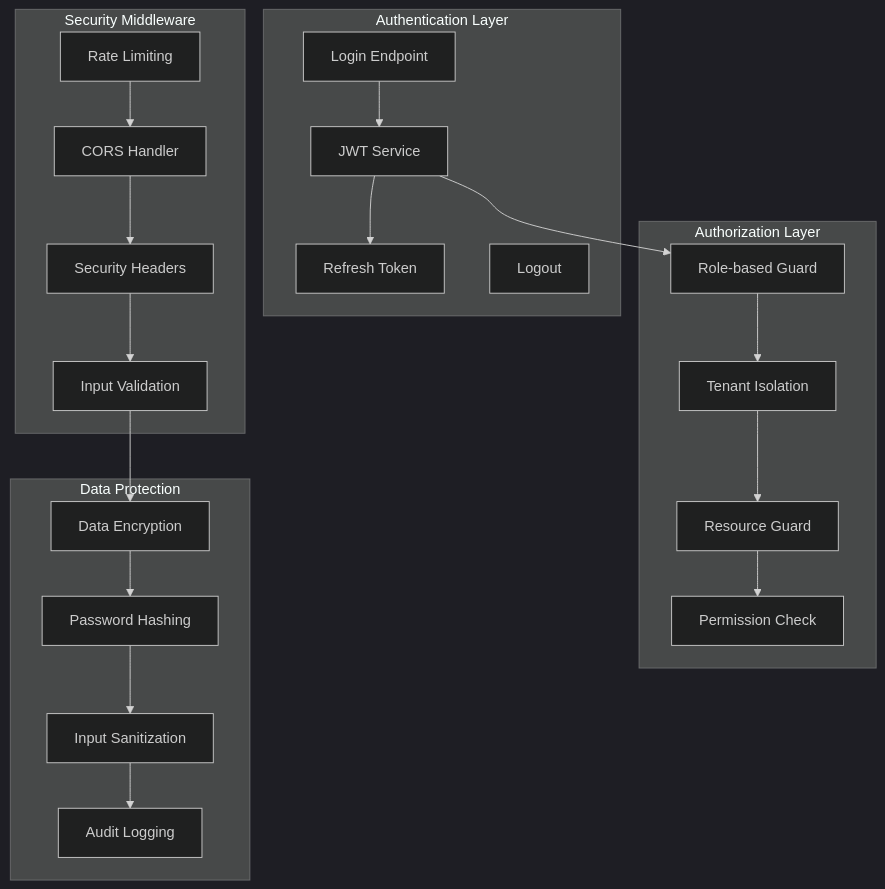
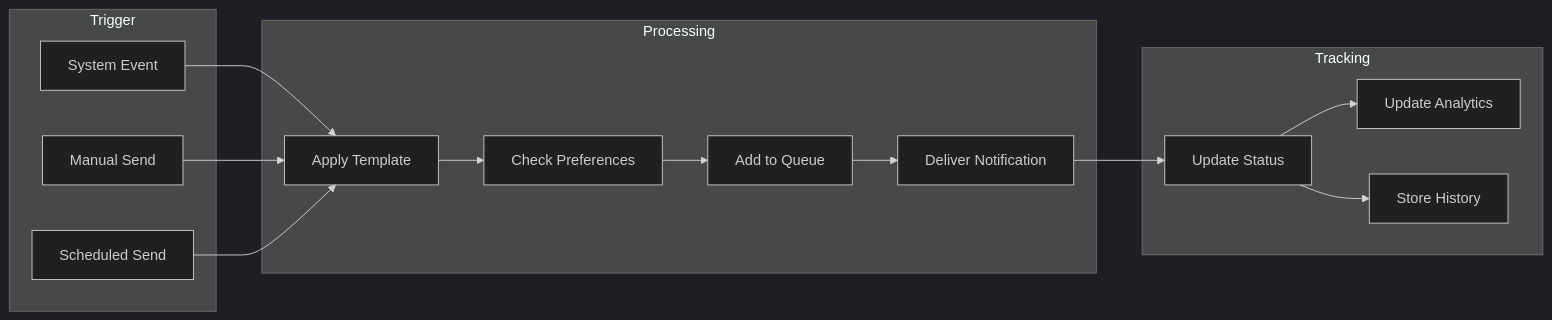
One commit to abdoElHodaky/sasscolmng changed diagram 11 of 14 in docs/ARCHITECTURE.md. Above: the diagram before and after it, drawn with Mermaid (dark theme). The commit also changed other lines of this file and 18 other files, not shown here.

````diff
--- a/docs/ARCHITECTURE.md
+++ b/docs/ARCHITECTURE.md
@@ -613,47 +582,33 @@
 ```mermaid
-graph TB
-    subgraph "Authentication Layer"
-        LOGIN[Login Endpoint]
-        JWT_SERVICE[JWT Service]
-        REFRESH[Refresh Token]
-        LOGOUT[Logout]
+graph LR
+    subgraph "Trigger"
+        EVENT[System Event]
+        MANUAL[Manual Send]
+        SCHEDULED[Scheduled Send]
     end
+
+    subgraph "Processing"
+        TEMPLATE[Apply Template]
+        PREFERENCE[Check Preferences]
+        QUEUE[Add to Queue]
+        DELIVER[Deliver Notification]
+    end
+
+    subgraph "Tracking"
+        STATUS[Update Status]
+        ANALYTICS[Update Analytics]
+        HISTORY[Store History]
+    end
+
+    EVENT --> TEMPLATE
+    MANUAL --> TEMPLATE
+    SCHEDULED --> TEMPLATE
     
-    subgraph "Authorization Layer"
-        ROLE_GUARD[Role-based Guard]
-        TENANT_GUARD[Tenant Isolation]
-        RESOURCE_GUARD[Resource Guard]
-        PERMISSION_CHECK[Permission Check]
-    end
+    TEMPLATE --> PREFERENCE
+    PREFERENCE --> QUEUE
+    QUEUE --> DELIVER
     
-    subgraph "Security Middleware"
-        RATE_LIMITER[Rate Limiting]
-        CORS_HANDLER[CORS Handler]
-        HELMET_SECURITY[Security Headers]
-        INPUT_VALIDATION[Input Validation]
-    end
-    
-    subgraph "Data Protection"
-        ENCRYPTION[Data Encryption]
-        HASHING[Password Hashing]
-        SANITIZATION[Input Sanitization]
-        AUDIT_LOG[Audit Logging]
-    end
-    
-    LOGIN --> JWT_SERVICE
-    JWT_SERVICE --> REFRESH
-    JWT_SERVICE --> ROLE_GUARD
-    
-    ROLE_GUARD --> TENANT_GUARD
-    TENANT_GUARD --> RESOURCE_GUARD
-    RESOURCE_GUARD --> PERMISSION_CHECK
-    
-    RATE_LIMITER --> CORS_HANDLER
-    CORS_HANDLER --> HELMET_SECURITY
-    HELMET_SECURITY --> INPUT_VALIDATION
-    
-    INPUT_VALIDATION --> ENCRYPTION
-    ENCRYPTION --> HASHING
-    HASHING --> SANITIZATION
-    SANITIZATION --> AUDIT_LOG
+    DELIVER --> STATUS
+    STATUS --> ANALYTICS
+    STATUS --> HISTORY
 ```
````
